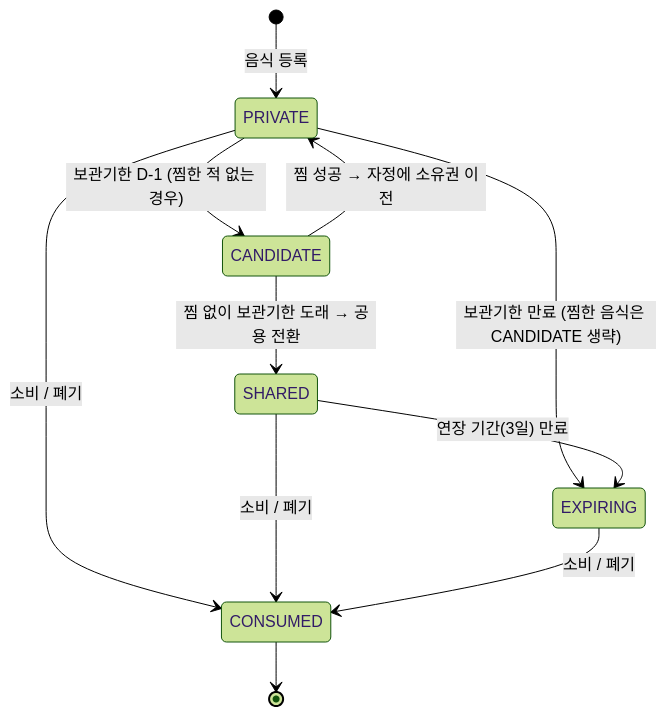
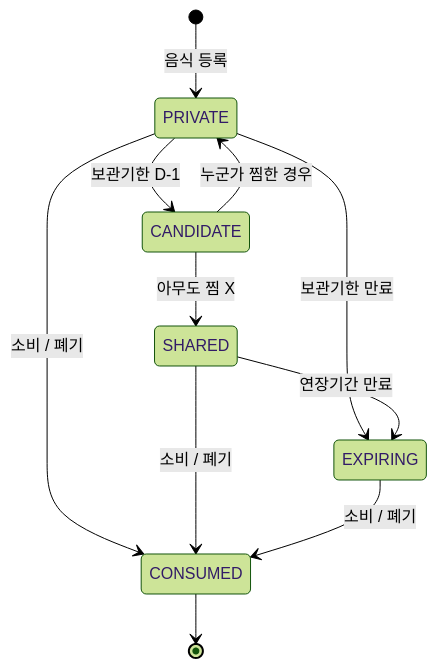
One commit to KHGH123/Nangjanggo changed the first of 2 diagrams in README.md. Above: the diagram before and after it, drawn with Mermaid (forest theme). The commit also changed other lines of this file, not shown here.

````diff
--- a/README.md
+++ b/README.md
@@ -46,18 +44,18 @@
 ```mermaid
 stateDiagram-v2
     [*] --> PRIVATE : 음식 등록
 
-    PRIVATE --> CANDIDATE : 보관기한 D-1 (찜한 적 없는 경우)
-    PRIVATE --> EXPIRING  : 보관기한 만료 (찜한 음식은 CANDIDATE 생략)
+    PRIVATE --> CANDIDATE : 보관기한 D-1
+    PRIVATE --> EXPIRING  : 보관기한 만료
 
-    CANDIDATE --> PRIVATE : 찜 성공 → 자정에 소유권 이전
-    CANDIDATE --> SHARED  : 찜 없이 보관기한 도래 → 공용 전환
+    CANDIDATE --> PRIVATE : 누군가 찜한 경우
+    CANDIDATE --> SHARED  : 아무도 찜 X
 
-    SHARED --> EXPIRING : 연장 기간(3일) 만료
+    SHARED --> EXPIRING : 연장기간 만료
 
     PRIVATE  --> CONSUMED : 소비 / 폐기
     SHARED   --> CONSUMED : 소비 / 폐기
     EXPIRING --> CONSUMED : 소비 / 폐기
 
     CONSUMED --> [*]
 ```
````
